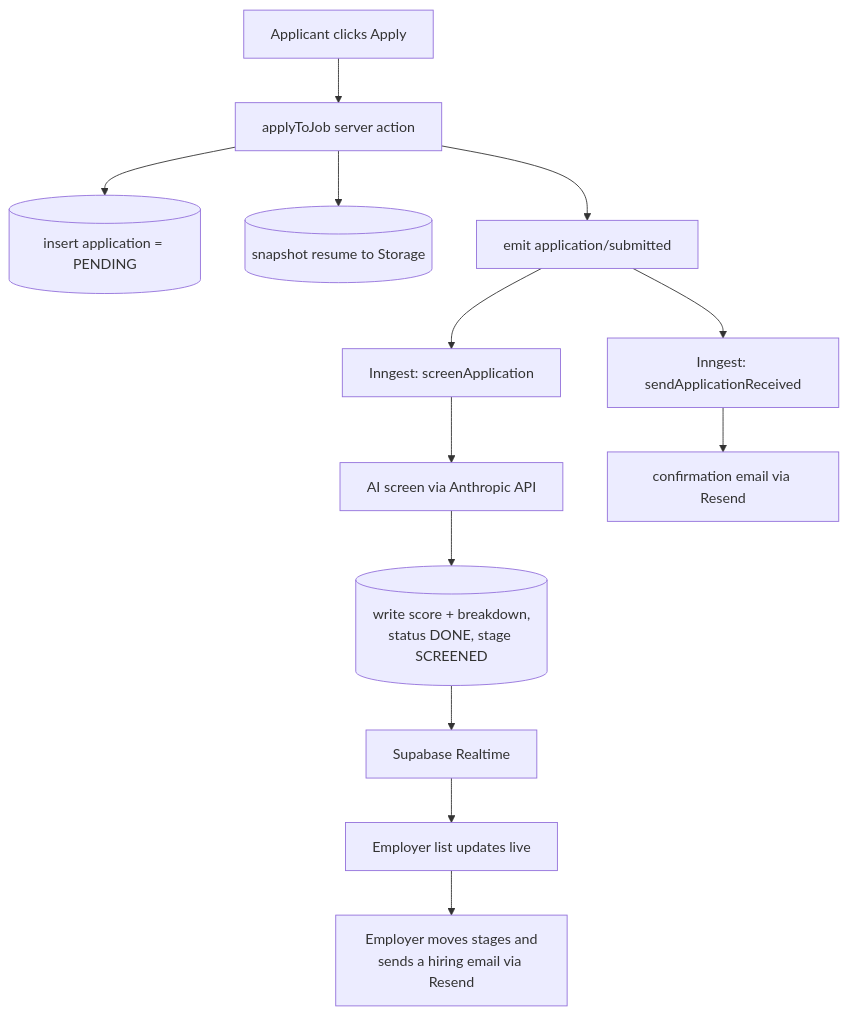
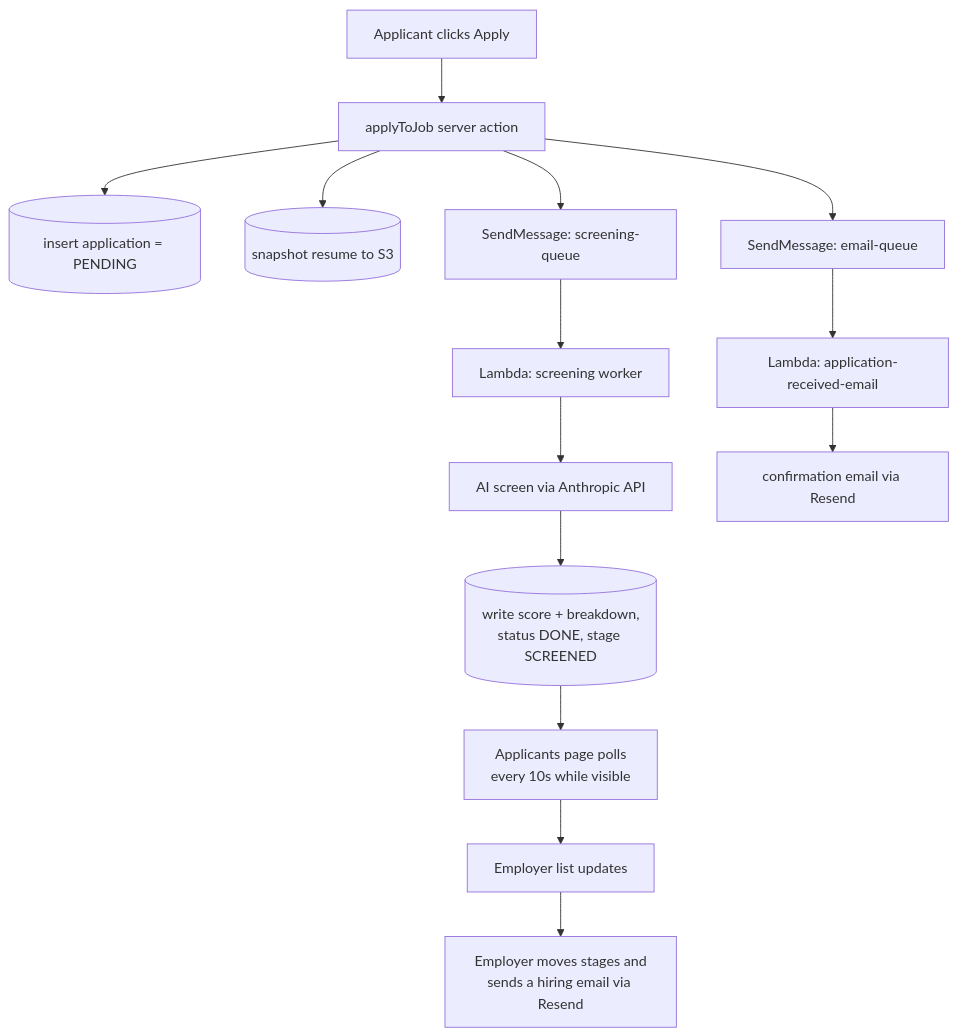
One commit to jcarlo-vs/job-hiring-platform changed the diagram in docs/ARCHITECTURE.md. Above: the diagram before and after it, drawn with Mermaid. The commit also changed other lines of this file and 76 other files, not shown here.

````diff
--- a/docs/ARCHITECTURE.md
+++ b/docs/ARCHITECTURE.md
@@ -26,18 +29,19 @@
 ```mermaid
 flowchart TD
   A[Applicant clicks Apply] --> SA[applyToJob server action]
   SA --> DB[(insert application = PENDING)]
-  SA --> ST[(snapshot resume to Storage)]
-  SA --> EV[emit application/submitted]
+  SA --> ST[(snapshot resume to S3)]
+  SA --> Q1[SendMessage: screening-queue]
+  SA --> Q2[SendMessage: email-queue]
 
-  EV --> F1[Inngest: screenApplication]
-  EV --> F2[Inngest: sendApplicationReceived]
+  Q1 --> F1[Lambda: screening worker]
+  Q2 --> F2[Lambda: application-received-email]
 
   F1 --> AI[AI screen via Anthropic API]
   AI --> R[(write score + breakdown,<br/>status DONE, stage SCREENED)]
   F2 --> EM[confirmation email via Resend]
 
-  R --> RT[Supabase Realtime]
-  RT --> E[Employer list updates live]
+  R --> RT[Applicants page polls<br/>every 10s while visible]
+  RT --> E[Employer list updates]
   E --> DEC[Employer moves stages and<br/>sends a hiring email via Resend]
 ```
````
